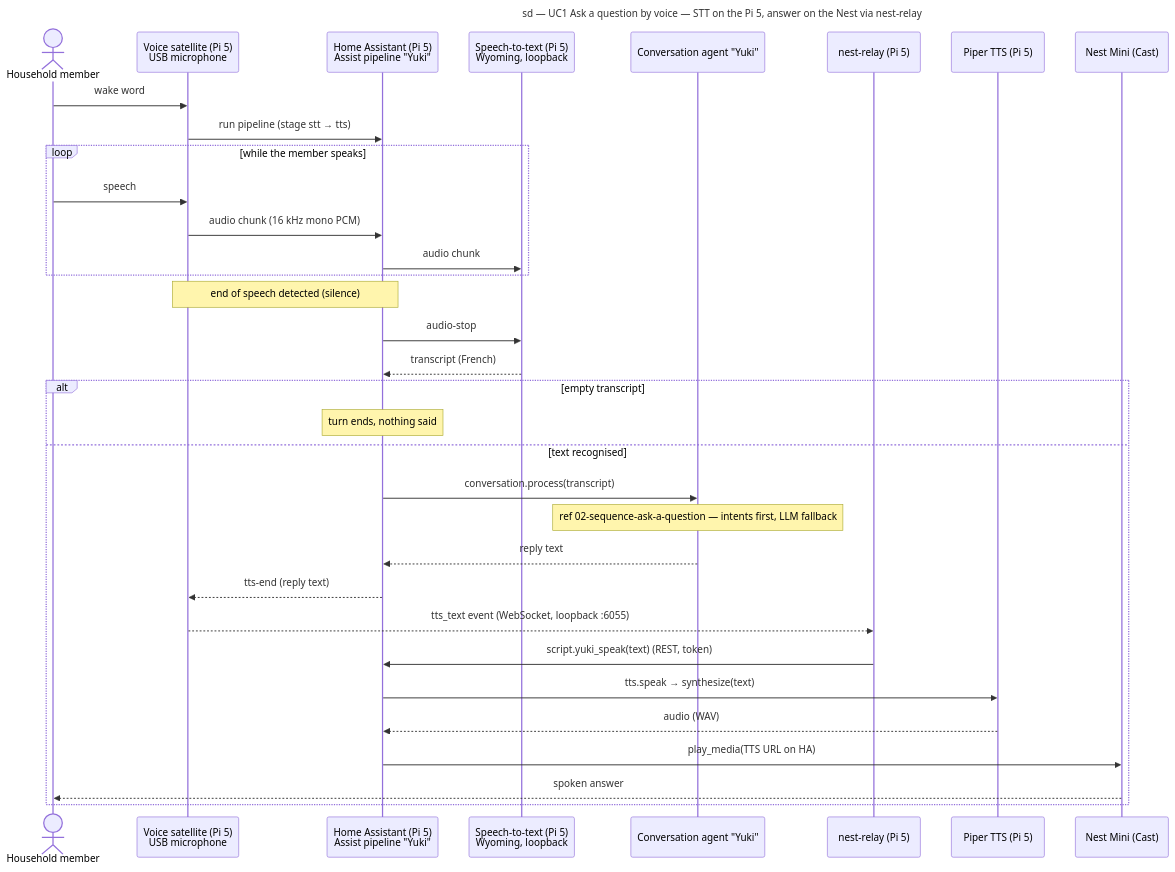
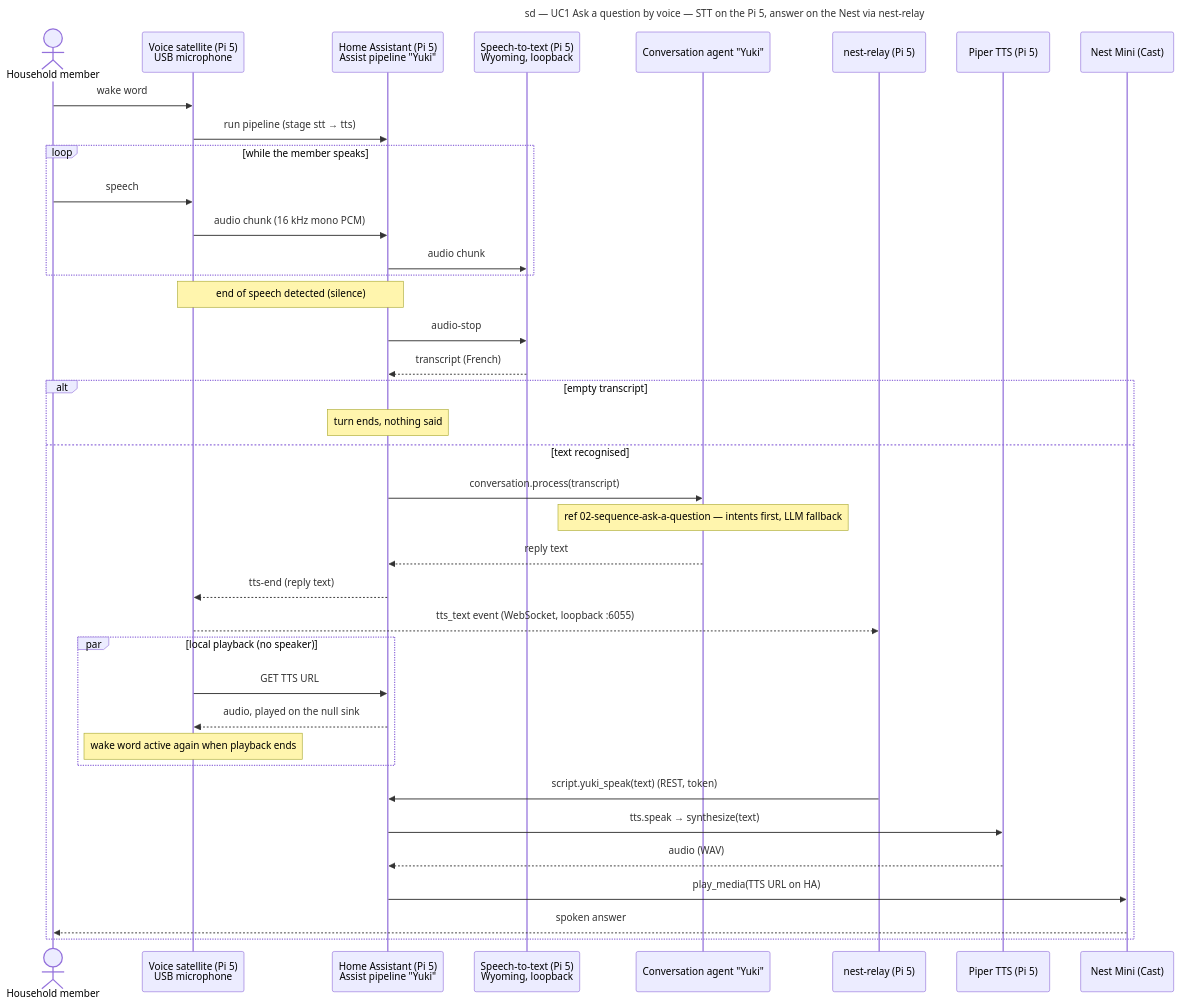
One commit to benoit-bremaud/confiture changed the diagram in docs/architecture/diagrams/voice-assistant/04-sequence-ask-by-voice.md. Above: the diagram before and after it, drawn with Mermaid. The commit also changed other lines of this file and 4 other files, not shown here.

````diff
--- a/docs/architecture/diagrams/voice-assistant/04-sequence-ask-by-voice.md
+++ b/docs/architecture/diagrams/voice-assistant/04-sequence-ask-by-voice.md
@@ -18,39 +18,44 @@
 ```mermaid
 ---
 title: sd — UC1 Ask a question by voice — STT on the Pi 5, answer on the Nest via nest-relay
 ---
 sequenceDiagram
   actor Member as Household member
   participant Sat as Voice satellite (Pi 5)<br/>USB microphone
   participant HA as Home Assistant (Pi 5)<br/>Assist pipeline "Yuki"
   participant STT as Speech-to-text (Pi 5)<br/>Wyoming, loopback
   participant Agent as Conversation agent "Yuki"
   participant Relay as nest-relay (Pi 5)
   participant Piper as Piper TTS (Pi 5)
   participant Nest as Nest Mini (Cast)
 
   Member->>Sat: wake word
   Sat->>HA: run pipeline (stage stt → tts)
   loop while the member speaks
     Member->>Sat: speech
     Sat->>HA: audio chunk (16 kHz mono PCM)
     HA->>STT: audio chunk
   end
   Note over Sat,HA: end of speech detected (silence)
   HA->>STT: audio-stop
   STT-->>HA: transcript (French)
   alt empty transcript
     Note over HA: turn ends, nothing said
   else text recognised
     HA->>Agent: conversation.process(transcript)
     Note over Agent: ref 02-sequence-ask-a-question — intents first, LLM fallback
     Agent-->>HA: reply text
     HA-->>Sat: tts-end (reply text)
     Sat-->>Relay: tts_text event (WebSocket, loopback :6055)
+    par local playback (no speaker)
+      Sat->>HA: GET TTS URL
+      HA-->>Sat: audio, played on the null sink
+      Note over Sat: wake word active again when playback ends
+    end
     Relay->>HA: script.yuki_speak(text) (REST, token)
     HA->>Piper: tts.speak → synthesize(text)
     Piper-->>HA: audio (WAV)
     HA->>Nest: play_media(TTS URL on HA)
     Nest-->>Member: spoken answer
   end
 ```
````
